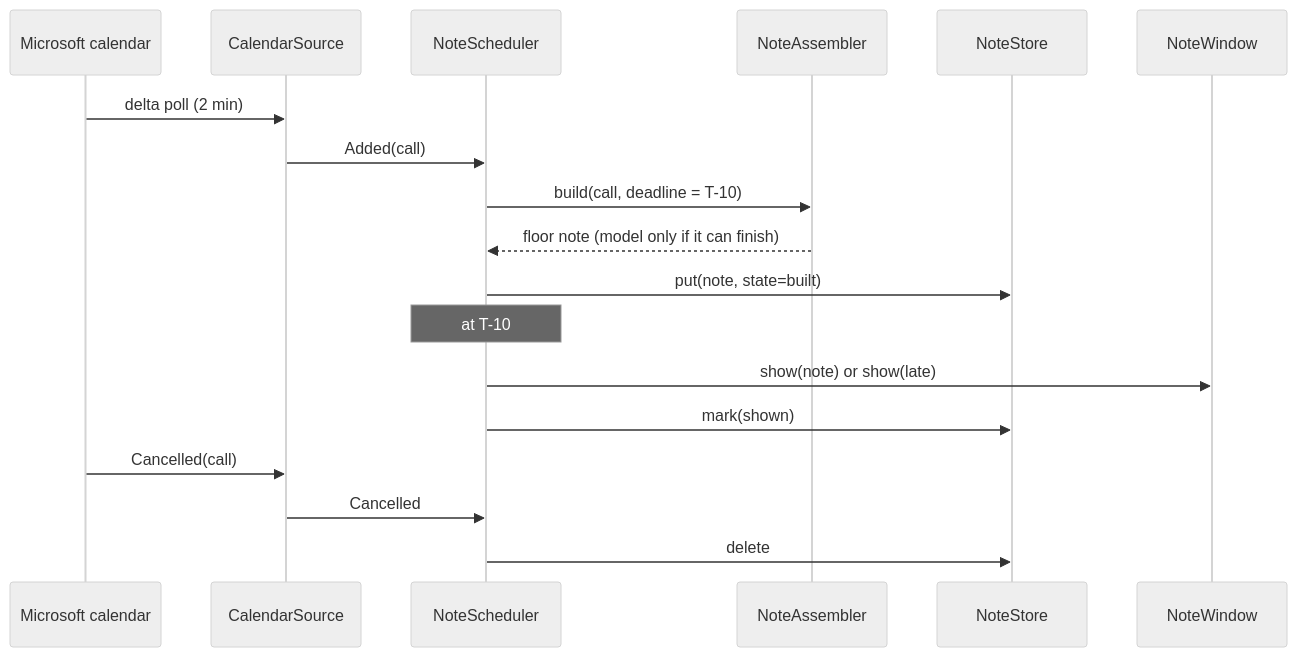
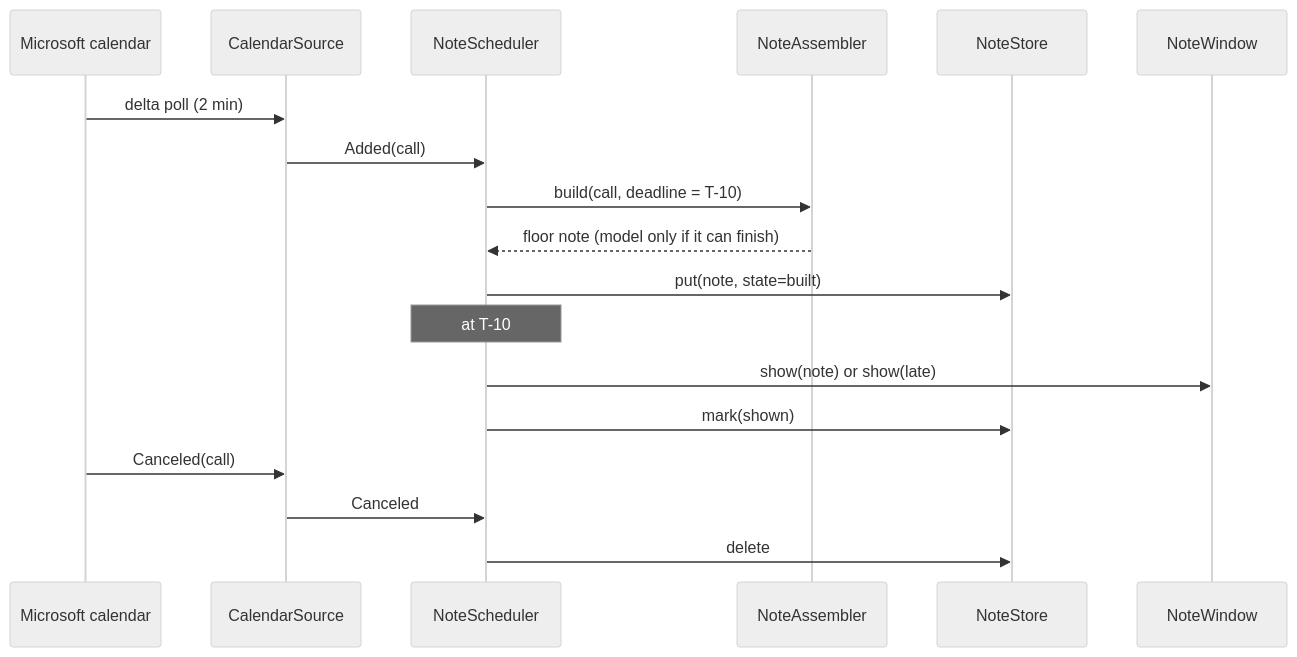
One commit to smalls257/vela changed the second of 2 diagrams in tests/sim/snapshots/heron-desk/after-handoff-1/docs/tech-design/desktop-agent.md. Above: the diagram before and after it, drawn with Mermaid (neutral theme). The commit also changed other lines of this file and 855 other files, not shown here.

````diff
--- a/tests/sim/snapshots/heron-desk/after-handoff-1/docs/tech-design/desktop-agent.md
+++ b/tests/sim/snapshots/heron-desk/after-handoff-1/docs/tech-design/desktop-agent.md
@@ -264,20 +264,20 @@
 ```mermaid
 sequenceDiagram
   participant MS as Microsoft calendar
   participant CS as CalendarSource
   participant NS as NoteScheduler
   participant NA as NoteAssembler
   participant ST as NoteStore
   participant NW as NoteWindow
   MS->>CS: delta poll (2 min)
   CS->>NS: Added(call)
   NS->>NA: build(call, deadline = T-10)
   NA-->>NS: floor note (model only if it can finish)
   NS->>ST: put(note, state=built)
   Note over NS: at T-10
   NS->>NW: show(note) or show(late)
   NS->>ST: mark(shown)
-  MS->>CS: Cancelled(call)
-  CS->>NS: Cancelled
+  MS->>CS: Canceled(call)
+  CS->>NS: Canceled
   NS->>ST: delete
 ```
````
